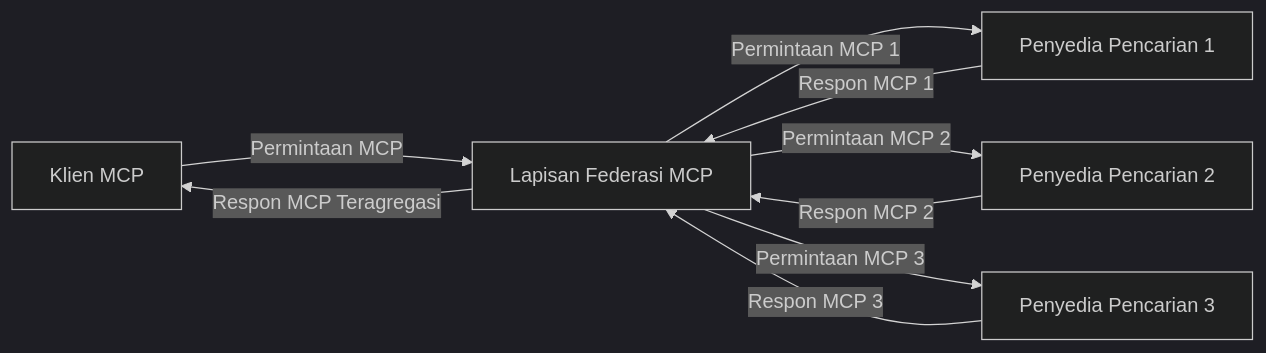
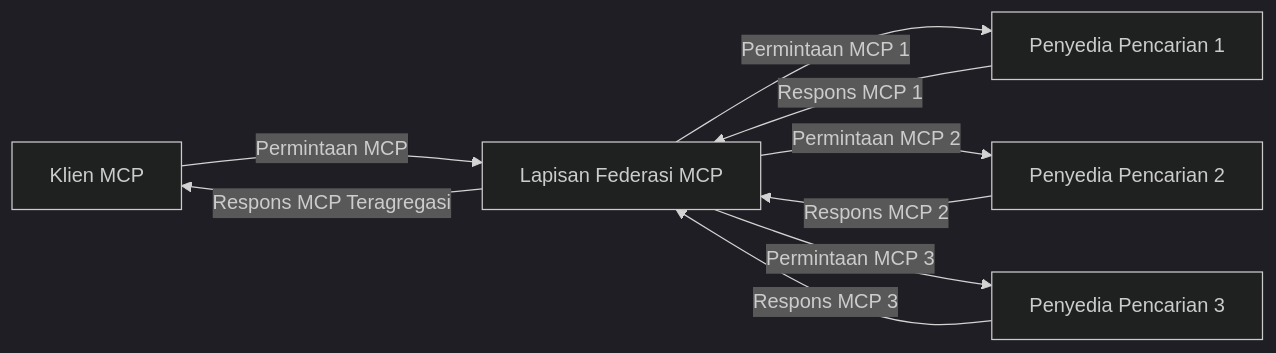
The third of 4 diagrams in translations/id/05-AdvancedTopics/mcp-realtimesearch/README.md (microsoft/mcp-for-beginners), drawn with Mermaid (dark theme) before and after one commit. The commit also changed other lines of this file and 152 other files, not shown here.

````diff
--- a/translations/id/05-AdvancedTopics/mcp-realtimesearch/README.md
+++ b/translations/id/05-AdvancedTopics/mcp-realtimesearch/README.md
@@ -610,11 +612,11 @@
 ```mermaid
 graph LR
     Client[Klien MCP] --> |Permintaan MCP| Federation[Lapisan Federasi MCP]
     Federation --> |Permintaan MCP 1| Search1[Penyedia Pencarian 1]
     Federation --> |Permintaan MCP 2| Search2[Penyedia Pencarian 2]
     Federation --> |Permintaan MCP 3| Search3[Penyedia Pencarian 3]
-    Search1 --> |Respon MCP 1| Federation
-    Search2 --> |Respon MCP 2| Federation
-    Search3 --> |Respon MCP 3| Federation
-    Federation --> |Respon MCP Teragregasi| Client
+    Search1 --> |Respons MCP 1| Federation
+    Search2 --> |Respons MCP 2| Federation
+    Search3 --> |Respons MCP 3| Federation
+    Federation --> |Respons MCP Teragregasi| Client
 ```
````
